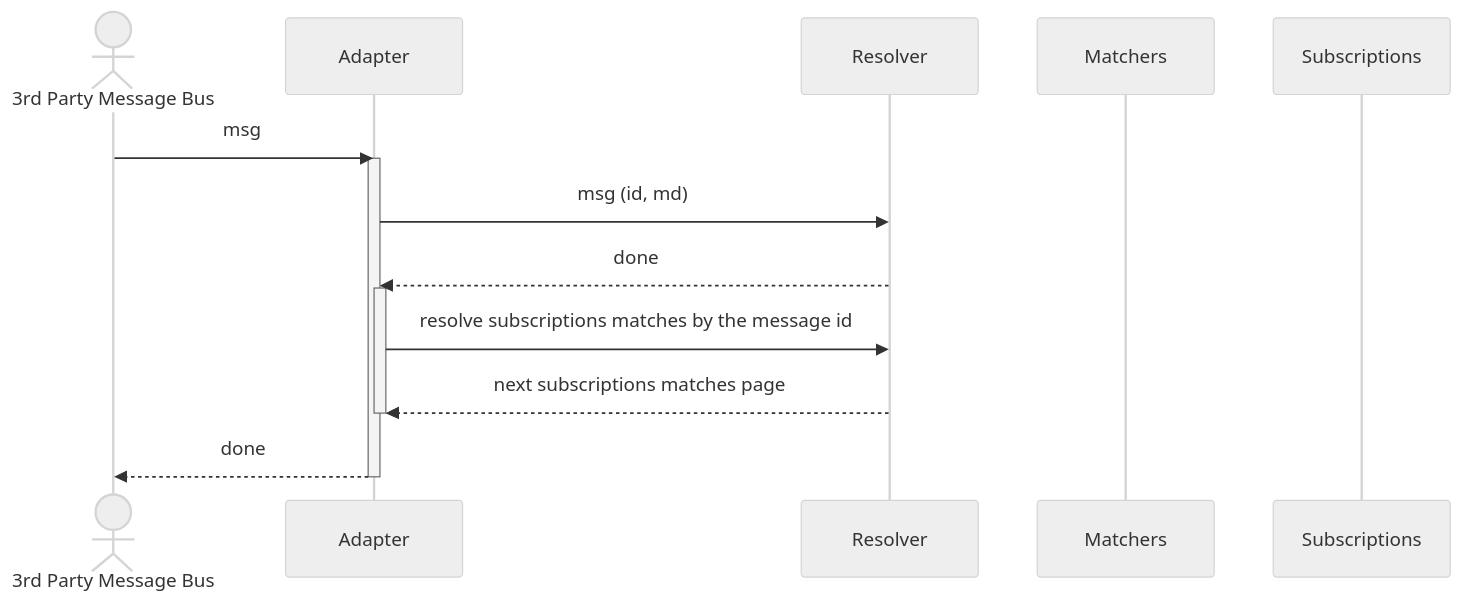
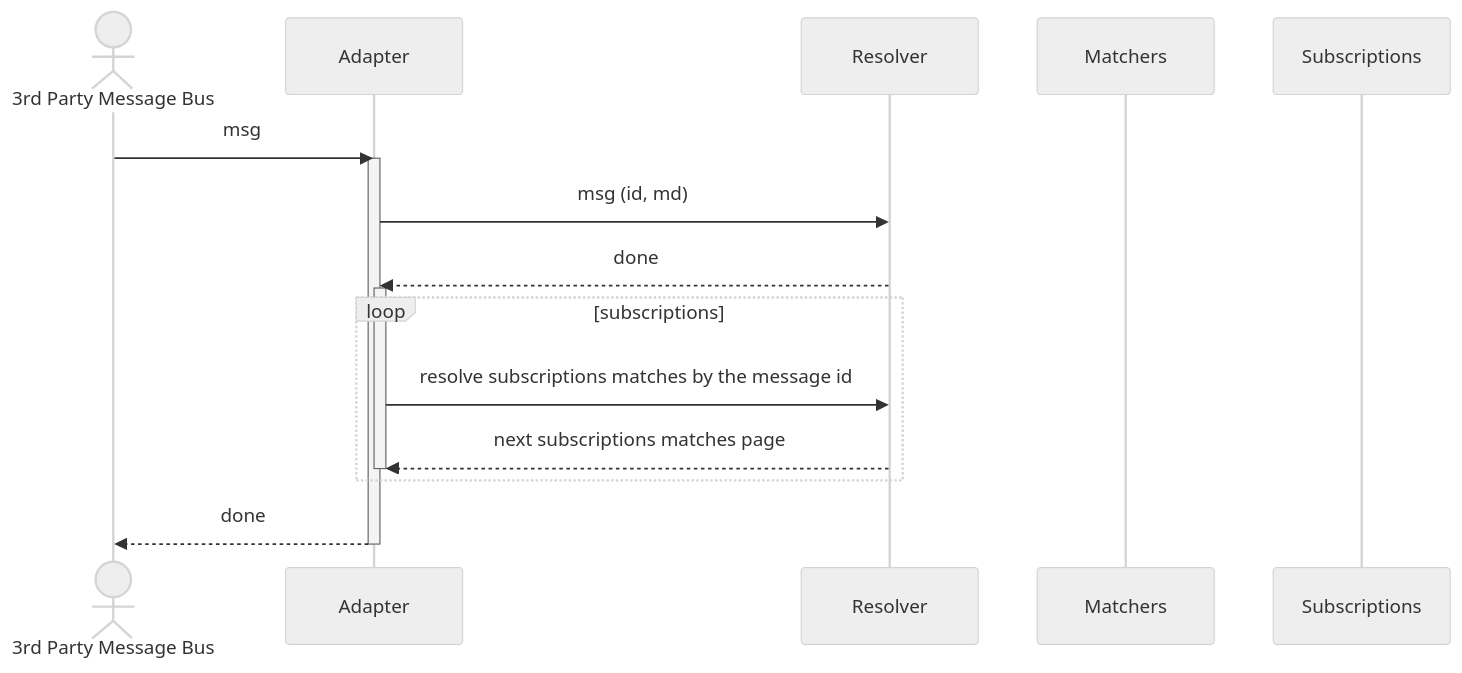
The diagram in profile/README.md (awakari/.github), drawn with Mermaid before and after one commit.

````diff
--- a/profile/README.md
+++ b/profile/README.md
@@ -13,19 +13,21 @@
 ```mermaid
 %%{init: {'theme': 'neutral' } }%%
 sequenceDiagram
     actor 3rd Party Message Bus
     participant Adapter
     participant Resolver
     participant Matchers
     participant Subscriptions
     3rd Party Message Bus->>Adapter: msg
     activate Adapter
     Adapter->>Resolver: msg (id, md) 
     Resolver-->>Adapter: done
     activate Adapter
-    Adapter->>Resolver: resolve subscriptions matches by the message id
-    Resolver-->>Adapter: next subscriptions matches page
-    deactivate Adapter
+    loop subscriptions
+        Adapter->>Resolver: resolve subscriptions matches by the message id
+        Resolver-->>Adapter: next subscriptions matches page
+        deactivate Adapter
+    end
     Adapter-->>3rd Party Message Bus: done
     deactivate Adapter
 ```
````
